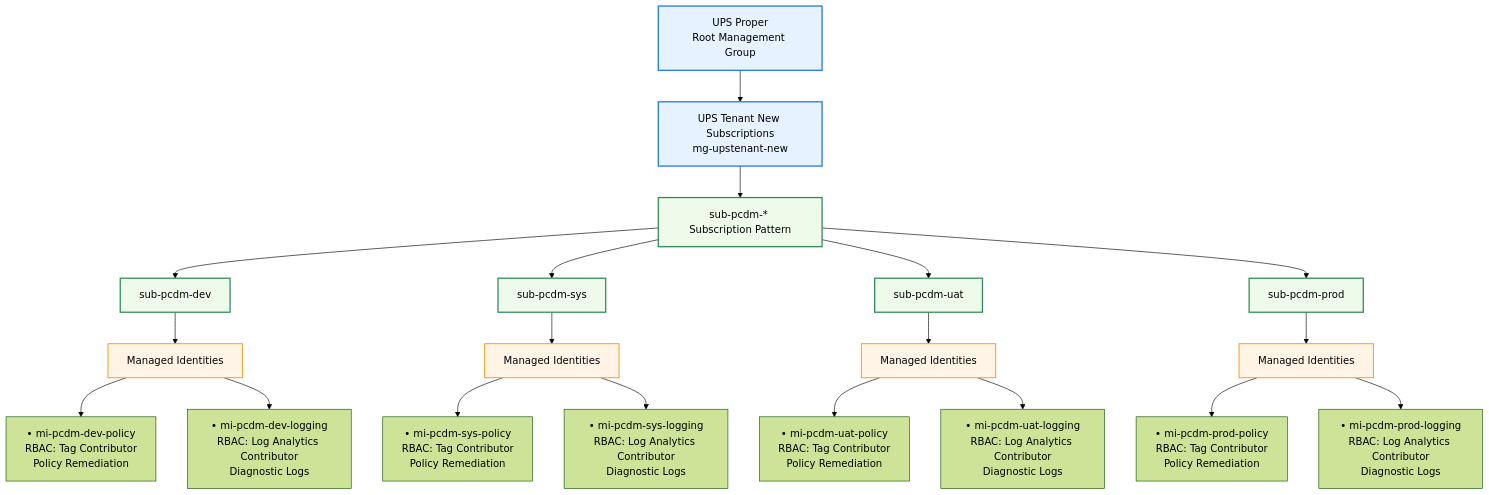
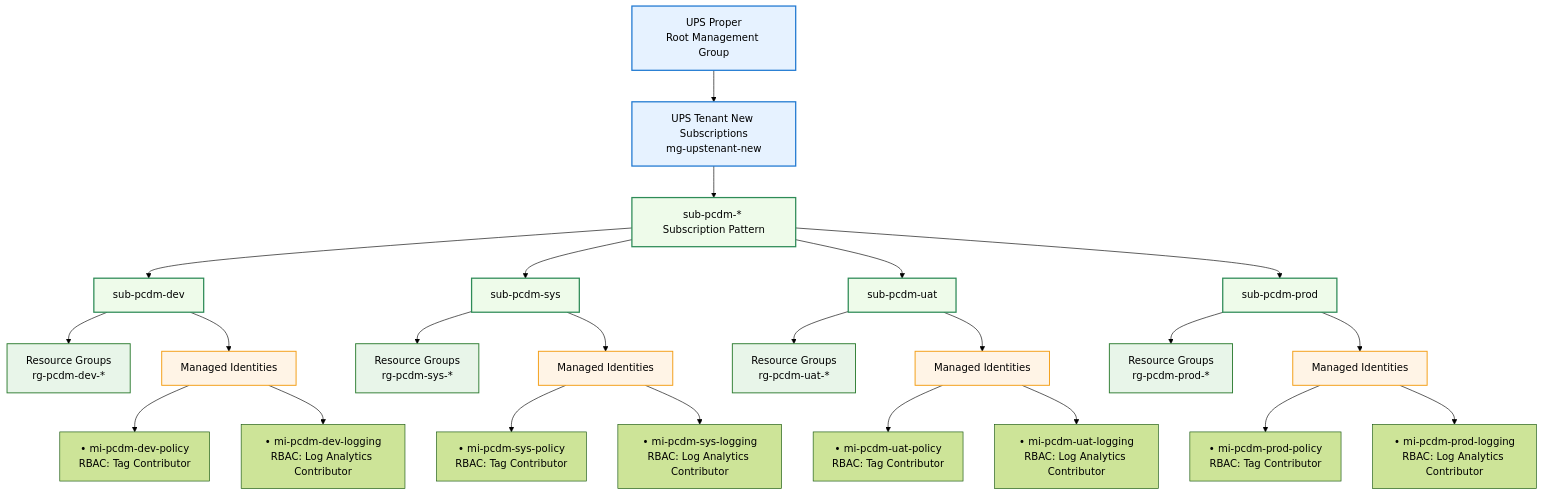
Before and after one commit to oigbokwe73/Azure-Management-Group: the diagram in README.md, drawn with Mermaid (forest theme). The commit also changed other lines of this file, not shown here.

First line of the commit message:
Revise README with naming standards and diagram updates

````diff
--- a/README.md
+++ b/README.md
@@ -9,43 +12,53 @@
 ```mermaid
 graph TD
 
 A[UPS Proper<br>Root Management Group]
 
 A --> B[UPS Tenant New Subscriptions<br>mg-upstenant-new]
 
 B --> C[sub-pcdm-* Subscription Pattern]
 
 C --> D[sub-pcdm-dev]
 C --> E[sub-pcdm-sys]
 C --> F[sub-pcdm-uat]
 C --> G[sub-pcdm-prod]
 
 %% DEV
-D --> D1[Managed Identities]
-D1 --> D2["• mi-pcdm-dev-policy<br>RBAC: Tag Contributor<br>Policy Remediation"]
-D1 --> D3["• mi-pcdm-dev-logging<br>RBAC: Log Analytics Contributor<br>Diagnostic Logs"]
+D --> D1[Resource Groups<br>rg-pcdm-dev-*]
+D --> D2[Managed Identities]
+
+D2 --> D3["• mi-pcdm-dev-policy<br>RBAC: Tag Contributor"]
+D2 --> D4["• mi-pcdm-dev-logging<br>RBAC: Log Analytics Contributor"]
 
 %% SYS
-E --> E1[Managed Identities]
-E1 --> E2["• mi-pcdm-sys-policy<br>RBAC: Tag Contributor<br>Policy Remediation"]
-E1 --> E3["• mi-pcdm-sys-logging<br>RBAC: Log Analytics Contributor<br>Diagnostic Logs"]
+E --> E1[Resource Groups<br>rg-pcdm-sys-*]
+E --> E2[Managed Identities]
+
+E2 --> E3["• mi-pcdm-sys-policy<br>RBAC: Tag Contributor"]
+E2 --> E4["• mi-pcdm-sys-logging<br>RBAC: Log Analytics Contributor"]
 
 %% UAT
-F --> F1[Managed Identities]
-F1 --> F2["• mi-pcdm-uat-policy<br>RBAC: Tag Contributor<br>Policy Remediation"]
-F1 --> F3["• mi-pcdm-uat-logging<br>RBAC: Log Analytics Contributor<br>Diagnostic Logs"]
+F --> F1[Resource Groups<br>rg-pcdm-uat-*]
+F --> F2[Managed Identities]
+
+F2 --> F3["• mi-pcdm-uat-policy<br>RBAC: Tag Contributor"]
+F2 --> F4["• mi-pcdm-uat-logging<br>RBAC: Log Analytics Contributor"]
 
 %% PROD
-G --> G1[Managed Identities]
-G1 --> G2["• mi-pcdm-prod-policy<br>RBAC: Tag Contributor<br>Policy Remediation"]
-G1 --> G3["• mi-pcdm-prod-logging<br>RBAC: Log Analytics Contributor<br>Diagnostic Logs"]
+G --> G1[Resource Groups<br>rg-pcdm-prod-*]
+G --> G2[Managed Identities]
+
+G2 --> G3["• mi-pcdm-prod-policy<br>RBAC: Tag Contributor"]
+G2 --> G4["• mi-pcdm-prod-logging<br>RBAC: Log Analytics Contributor"]
 
 %% Styling
 classDef mg fill:#e6f2ff,stroke:#1f78d1,stroke-width:2px;
 classDef sub fill:#eefbea,stroke:#2e8b57,stroke-width:2px;
+classDef rg fill:#e8f5e9,stroke:#2e7d32,stroke-width:1.5px;
 classDef mi fill:#fff4e6,stroke:#f39c12,stroke-width:1.5px;
 
 class A,B mg;
 class C,D,E,F,G sub;
-class D1,E1,F1,G1 mi;
+class D1,E1,F1,G1 rg;
+class D2,E2,F2,G2 mi;
 ```
````
